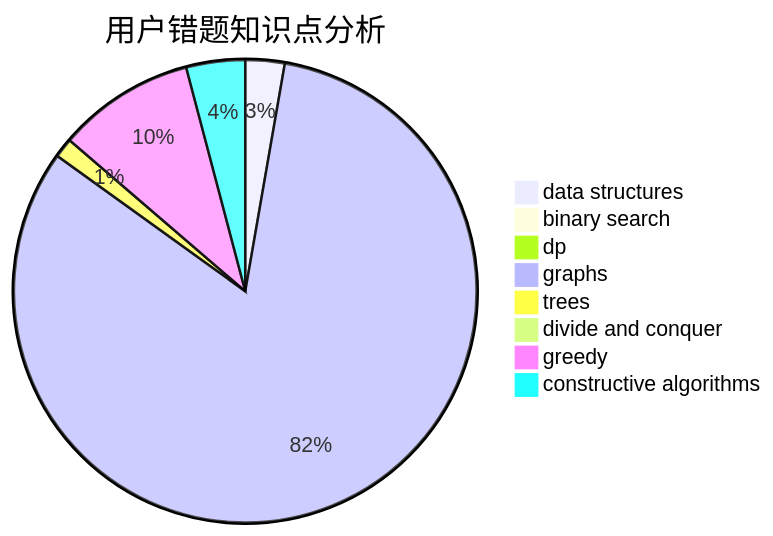
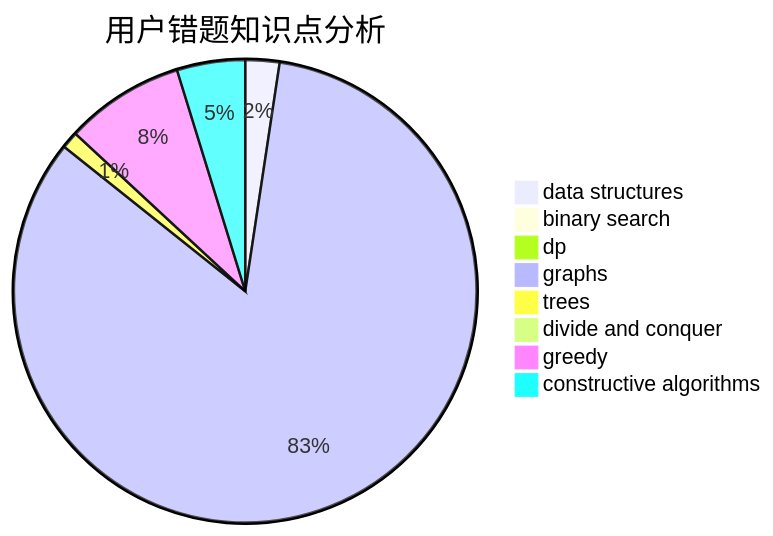
Before and after one commit to sherpahu/cfrs.github.io: the third of 3 diagrams in docs/user/u920.md, drawn with Mermaid. The commit also changed other lines of this file and 2770 other files, not shown here.

````diff
--- a/docs/user/u920.md
+++ b/docs/user/u920.md
@@ -36,11 +36,11 @@
 ```mermaid
 pie title 用户错题知识点分析
     "data structures" :  2
     "binary search" :  0
     "dp" :  0
-    "graphs" :  60
+    "graphs" :  70
     "trees" :  1
     "divide and conquer" :  0
     "greedy" :  7
-    "constructive algorithms" :  3
+    "constructive algorithms" :  4
 ```
````
